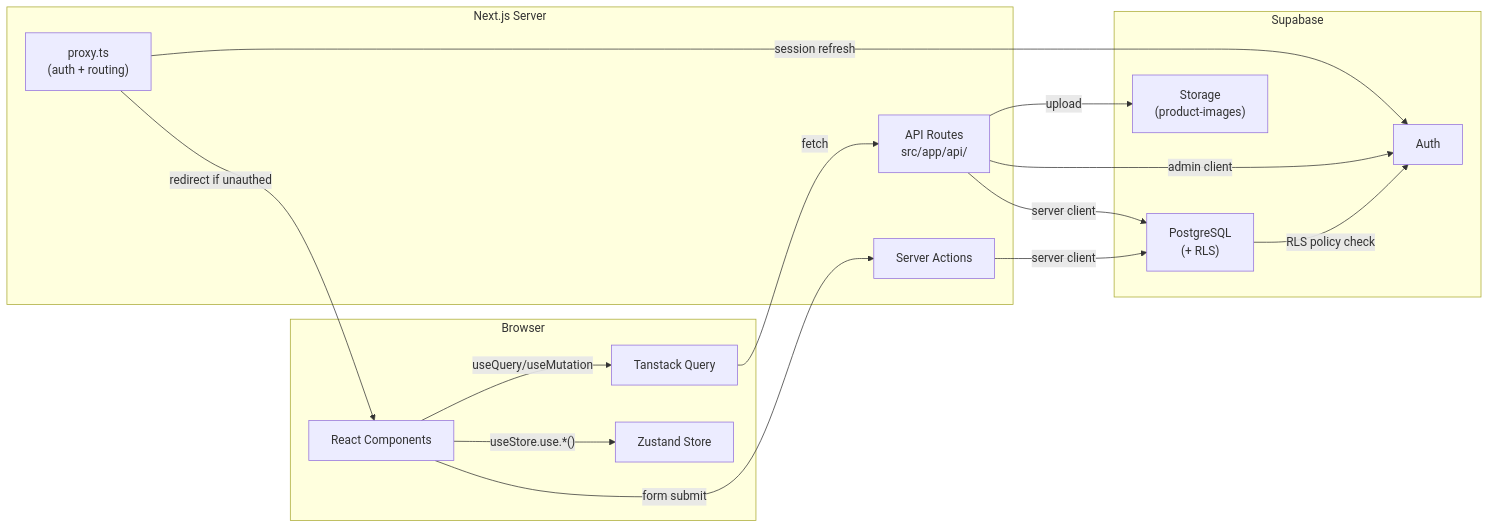
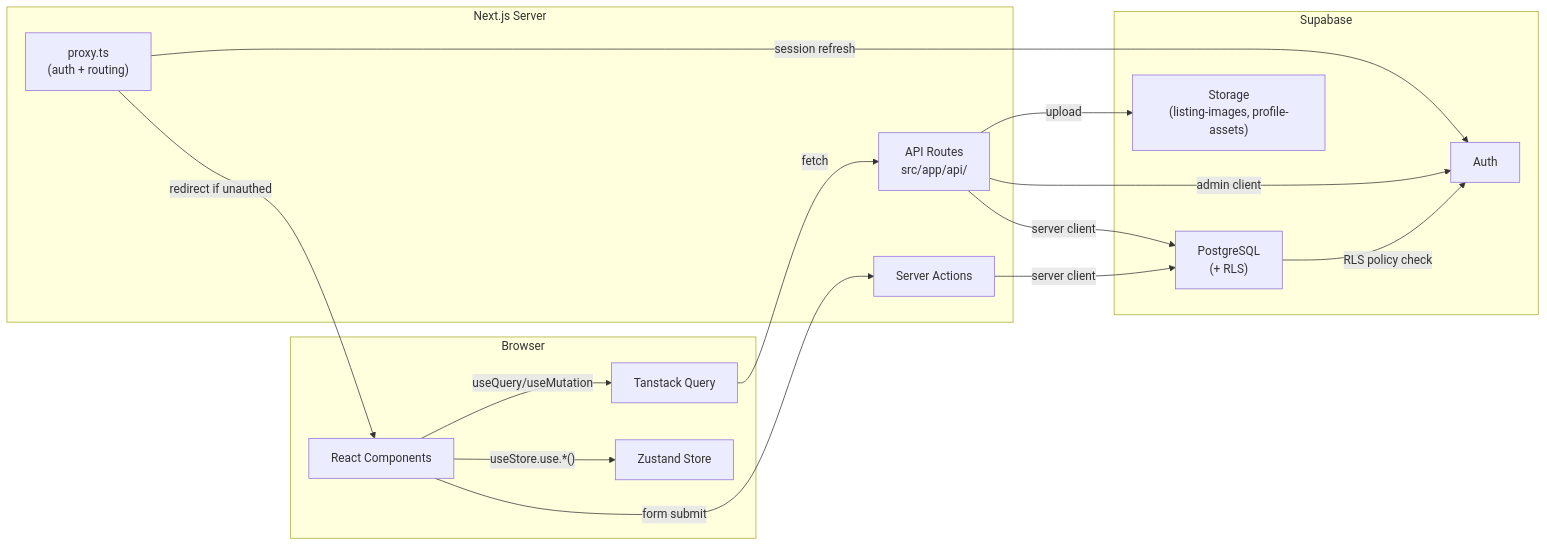
The diagram in docs/diagrams/data-flow.md (Nessi-Fishing-Supply/Nessi-Web-App), drawn with Mermaid before and after one commit. The commit also changed 7 other files, not shown here.

First line of the commit message:
docs: catch up journey diagrams with PRs #222–#269

````diff
--- a/docs/diagrams/data-flow.md
+++ b/docs/diagrams/data-flow.md
@@ -5,32 +5,32 @@
 ```mermaid
 flowchart LR
     subgraph CLIENT["Browser"]
         UI["React Components"]
         TQ["Tanstack Query"]
         ZS["Zustand Store"]
     end
 
     subgraph SERVER["Next.js Server"]
         API["API Routes<br/>src/app/api/"]
         SA["Server Actions"]
         PX["proxy.ts<br/>(auth + routing)"]
     end
 
     subgraph SUPABASE["Supabase"]
         AUTH["Auth"]
         DB["PostgreSQL<br/>(+ RLS)"]
-        STOR["Storage<br/>(product-images)"]
+        STOR["Storage<br/>(listing-images, profile-assets)"]
     end
 
     UI -->|"useQuery/useMutation"| TQ
     UI -->|"useStore.use.*()"| ZS
     TQ -->|"fetch"| API
     UI -->|"form submit"| SA
     PX -->|"session refresh"| AUTH
     PX -->|"redirect if unauthed"| UI
     API -->|"server client"| DB
     API -->|"admin client"| AUTH
     SA -->|"server client"| DB
     API -->|"upload"| STOR
     DB -->|"RLS policy check"| AUTH
 ```
````
